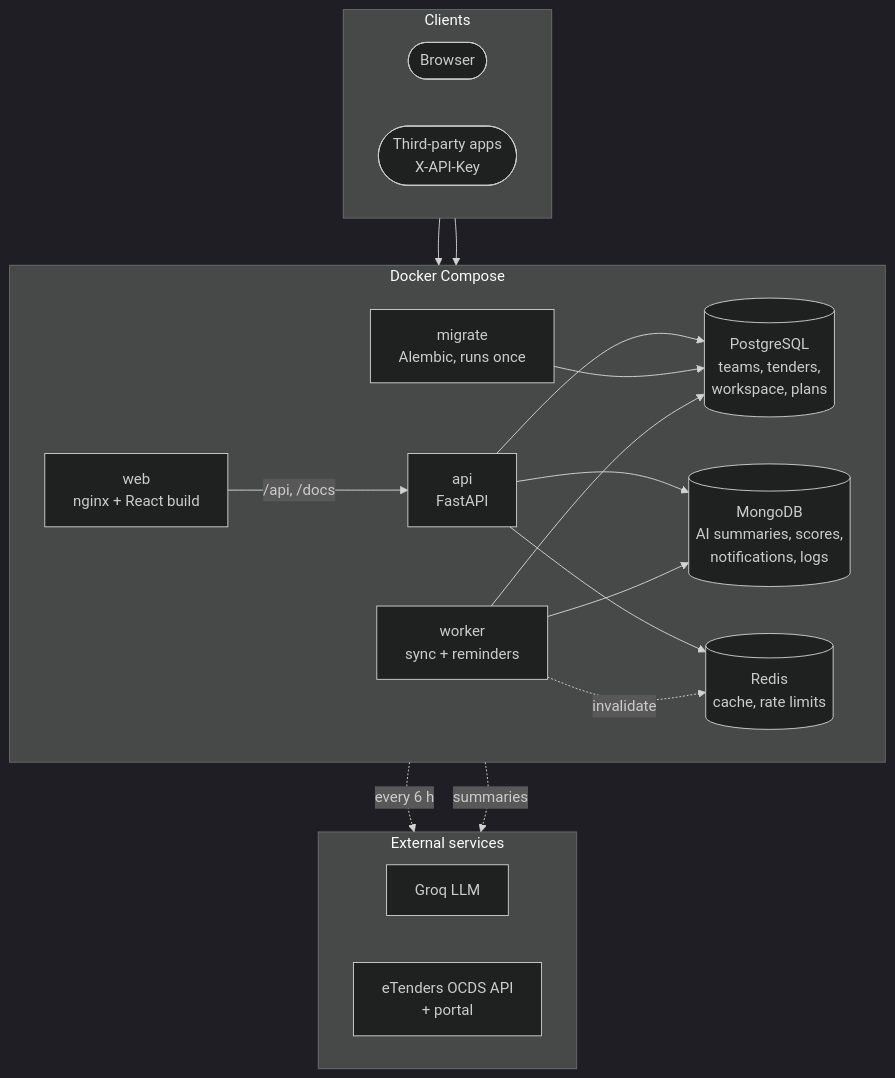
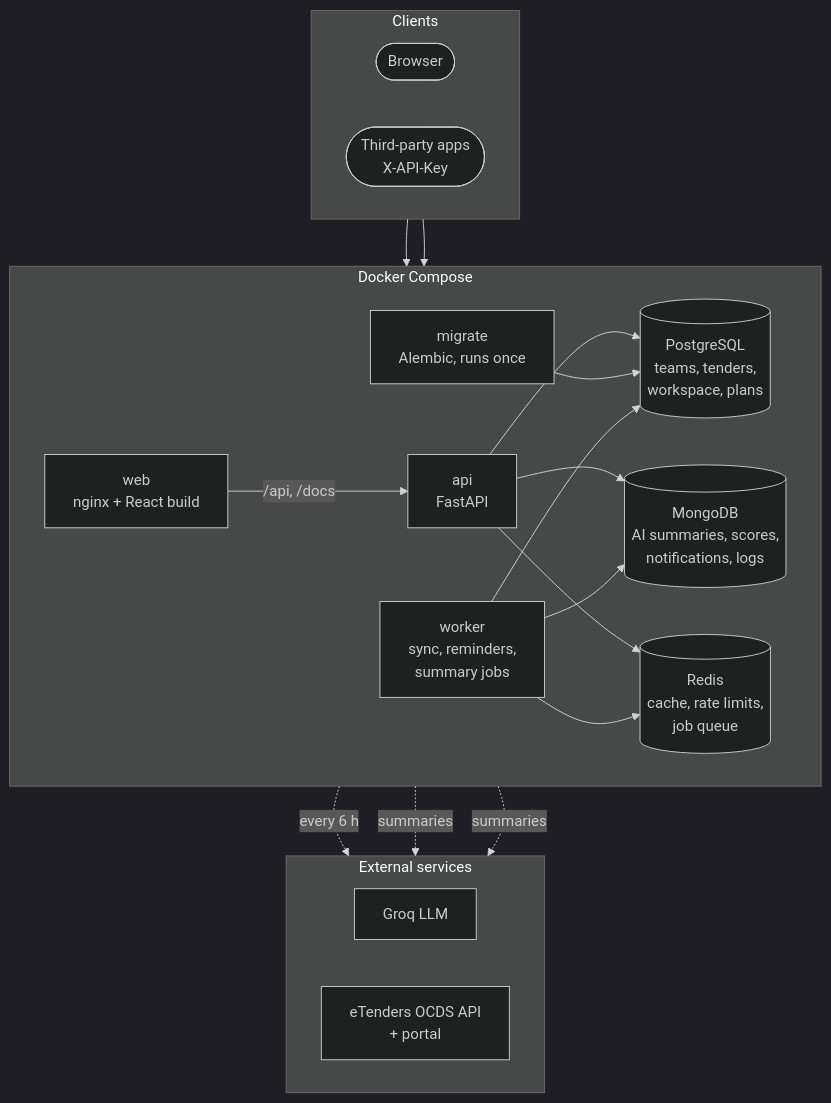
Before and after one commit to TeekayVuyisile/etender_system: the diagram in README.md, drawn with Mermaid (dark theme). The commit also changed other lines of this file and 11 other files, not shown here.

Commit message:
feat: queue AI summaries in Redis and share the Groq token budget (#22)

````diff
--- a/README.md
+++ b/README.md
@@ -62,38 +62,39 @@
 ```mermaid
 flowchart TB
     subgraph clients ["Clients"]
         direction LR
         browser(["Browser"])
         apps(["Third-party apps<br/>X-API-Key"])
     end
 
     subgraph compose ["Docker Compose"]
         direction LR
         web["web<br/>nginx + React build"]
         api["api<br/>FastAPI"]
-        worker["worker<br/>sync + reminders"]
+        worker["worker<br/>sync, reminders,<br/>summary jobs"]
         migrate["migrate<br/>Alembic, runs once"]
         pg[("PostgreSQL<br/>teams, tenders,<br/>workspace, plans")]
         mongo[("MongoDB<br/>AI summaries, scores,<br/>notifications, logs")]
-        redis[("Redis<br/>cache, rate limits")]
+        redis[("Redis<br/>cache, rate limits,<br/>job queue")]
     end
 
     subgraph external ["External services"]
         direction LR
         groq["Groq LLM"]
         etenders["eTenders OCDS API<br/>+ portal"]
     end
 
     browser --> web
     apps --> web
     web -- "/api, /docs" --> api
     api --> pg
     api --> mongo
     api --> redis
     migrate --> pg
     worker --> pg
     worker --> mongo
-    worker -. "invalidate" .-> redis
+    worker --> redis
     worker -. "every 6 h" .-> etenders
     api -. "summaries" .-> groq
+    worker -. "summaries" .-> groq
 ```
````
